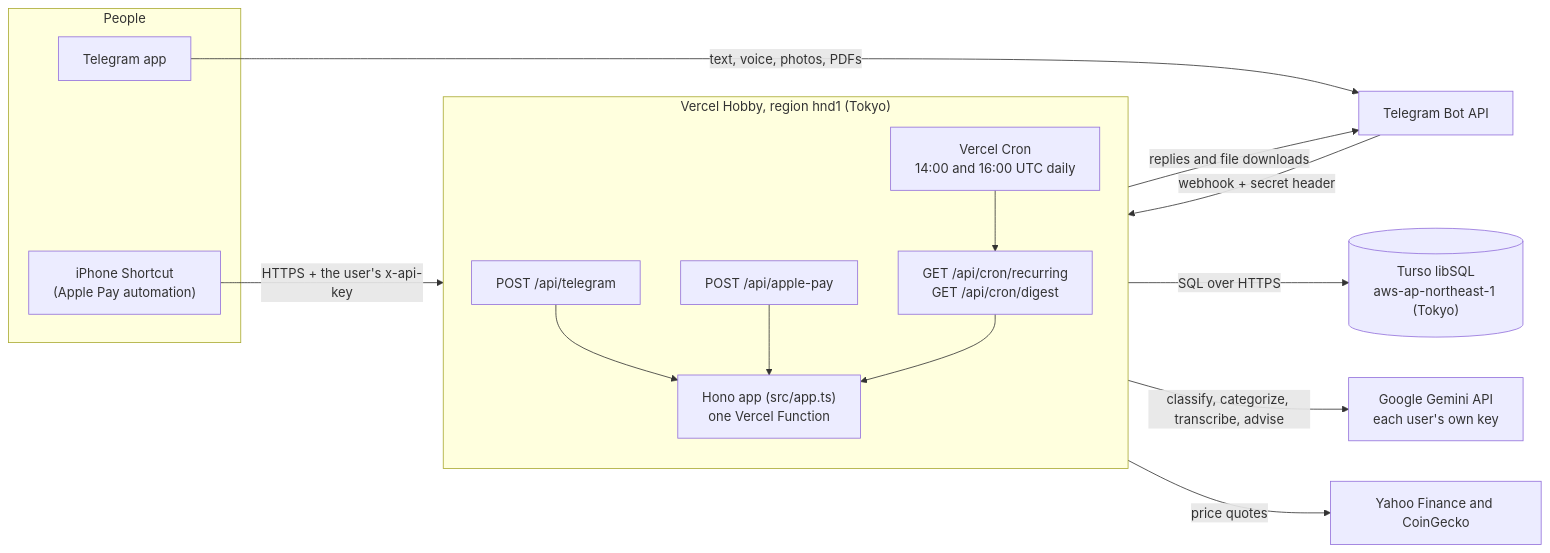
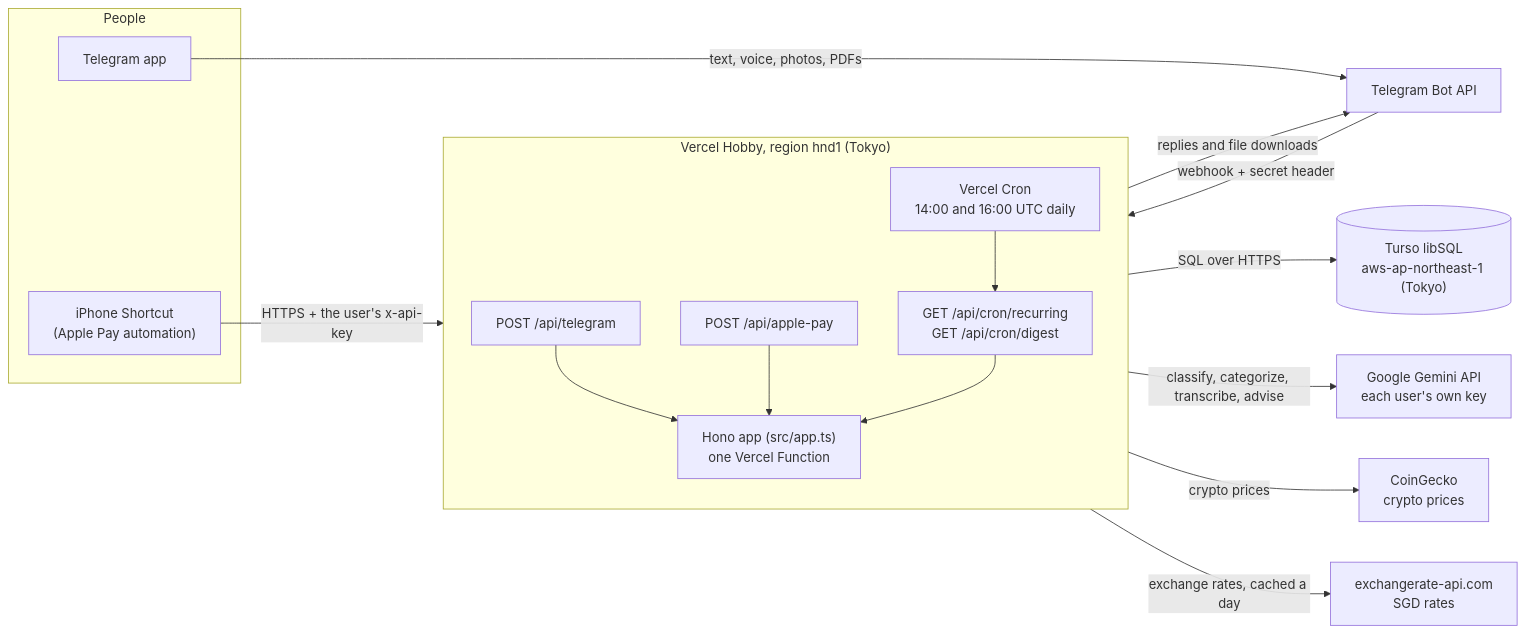
One commit to zzkhong/plutus-ai changed the first of 6 diagrams in docs/architecture.md. Above: the diagram before and after it, drawn with Mermaid. The commit also changed other lines of this file and 3 other files, not shown here.

First line of the commit message:
docs: user-facing README; rates and statements in setup and architecture

````diff
--- a/docs/architecture.md
+++ b/docs/architecture.md
@@ -19,34 +19,36 @@
 ```mermaid
 flowchart LR
     subgraph users["People"]
         tg["Telegram app"]
         ios["iPhone Shortcut<br/>(Apple Pay automation)"]
     end
 
     tgapi["Telegram Bot API"]
 
     subgraph vercel["Vercel Hobby, region hnd1 (Tokyo)"]
         direction TB
         cron["Vercel Cron<br/>14:00 and 16:00 UTC daily"]
         rtg["POST /api/telegram"]
         rap["POST /api/apple-pay"]
         rcron["GET /api/cron/recurring<br/>GET /api/cron/digest"]
         app["Hono app (src/app.ts)<br/>one Vercel Function"]
         rtg --> app
         rap --> app
         rcron --> app
         cron --> rcron
     end
 
     turso[("Turso libSQL<br/>aws-ap-northeast-1 (Tokyo)")]
     gemini["Google Gemini API<br/>each user's own key"]
-    prices["Yahoo Finance and CoinGecko"]
+    prices["CoinGecko<br/>crypto prices"]
+    fxapi["exchangerate-api.com<br/>SGD rates"]
 
     tg -- "text, voice, photos, PDFs" --> tgapi
     tgapi -- "webhook + secret header" --> rtg
     ios -- "HTTPS + the user's x-api-key" --> rap
     app -- "replies and file downloads" --> tgapi
     app -- "SQL over HTTPS" --> turso
     app -- "classify, categorize, transcribe, advise" --> gemini
-    app -- "price quotes" --> prices
+    app -- "crypto prices" --> prices
+    app -- "exchange rates, cached a day" --> fxapi
 ```
````
